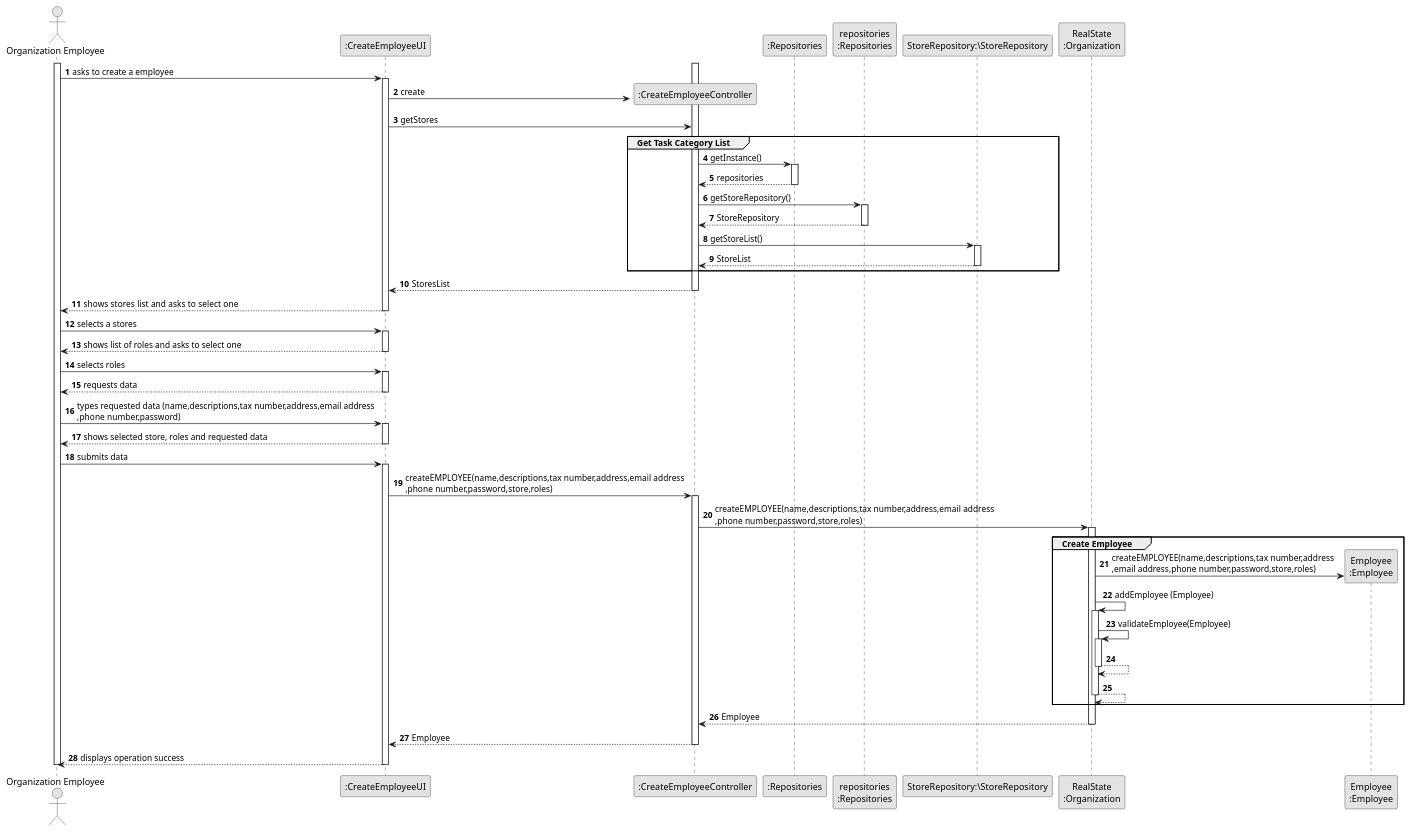
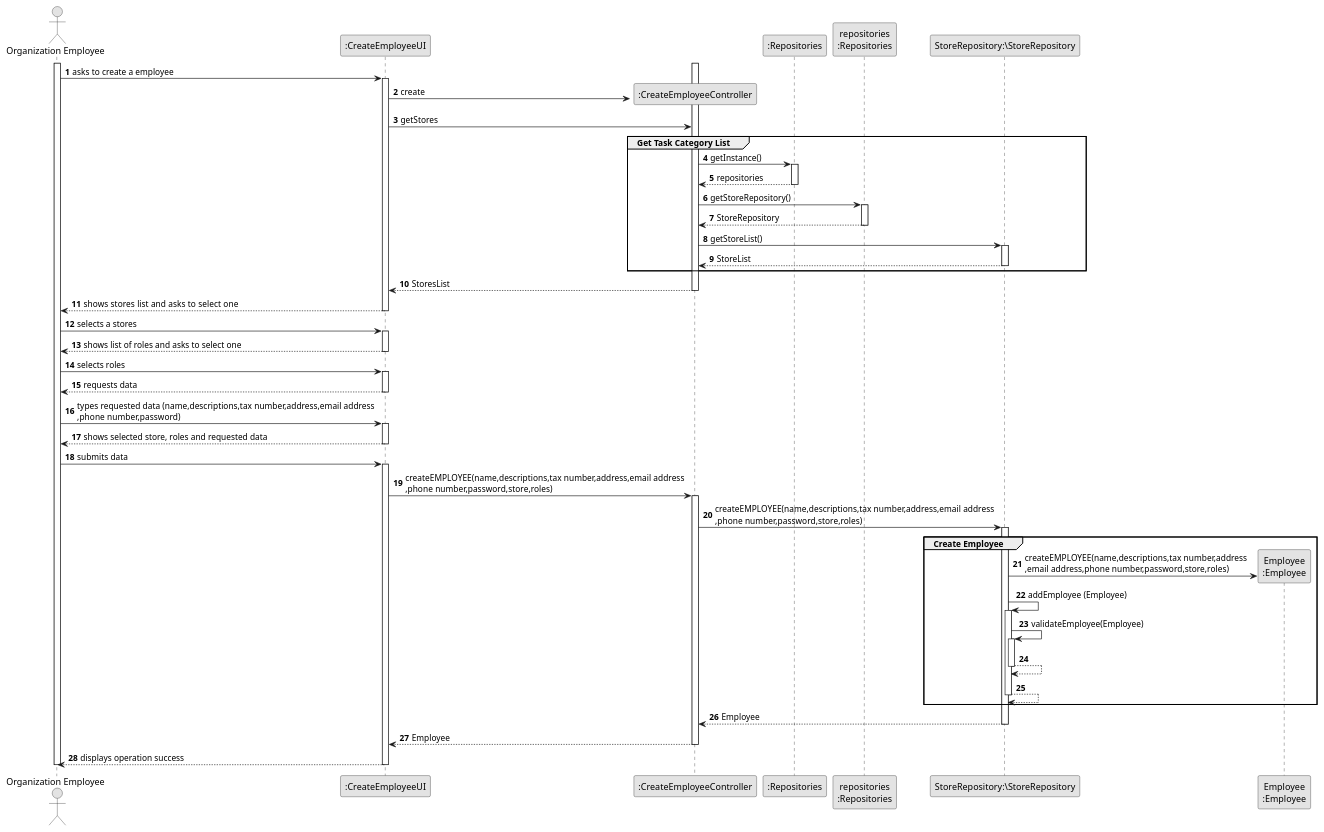
The diagram in lei-22-s2-1do-g68/docs/SprintB/us003/03.design/puml/us003-sequence-diagram-full.puml (hugosilva2901/lei-22-s2-1DO-g68), drawn with PlantUML before and after one commit. The commit also changed 5 other files, not shown here.

```diff
--- a/lei-22-s2-1do-g68/docs/SprintB/us003/03.design/puml/us003-sequence-diagram-full.puml
+++ b/lei-22-s2-1do-g68/docs/SprintB/us003/03.design/puml/us003-sequence-diagram-full.puml
@@ -1,109 +1,108 @@
 @startuml
 skinparam monochrome true
 skinparam packageStyle rectangle
 skinparam shadowing false
 
 autonumber
 
 'hide footbox
 actor "Organization Employee" as ADM
 participant ":CreateEmployeeUI" as UI
 participant ":CreateEmployeeController" as CTRL
 participant ":Repositories" as RepositorySingleton
 participant "repositories\n:Repositories" as PLAT
 participant "StoreRepository:\StoreRepository" as StoreRepository
-participant "RealState\n:Organization" as ORG
 participant "Employee\n:Employee" as TAREFA
 
 activate ADM
 
     ADM -> UI : asks to create a employee
 
     activate UI
 
         UI -> CTRL** : create
         UI -> CTRL : getStores
 
 group Get Task Category List
 
 
             CTRL -> RepositorySingleton : getInstance()
             activate RepositorySingleton
 
                 RepositorySingleton --> CTRL: repositories
             deactivate RepositorySingleton
 
             CTRL -> PLAT : getStoreRepository()
             activate PLAT
 
                 PLAT --> CTRL: StoreRepository
             deactivate PLAT
 
             CTRL -> StoreRepository : getStoreList()
             activate StoreRepository
 
                 StoreRepository --> CTRL : StoreList
             deactivate StoreRepository
 
 
     end
 
         activate CTRL
 
             CTRL --> UI : StoresList
         deactivate CTRL
 
         UI --> ADM : shows  stores list and asks to select one
     deactivate UI
     ADM -> UI : selects a stores
 
     activate UI
 
     UI --> ADM : shows list of roles and asks to select one
 
 
     deactivate UI
     ADM -> UI : selects roles
         activate UI
 
             UI --> ADM : requests data
         deactivate UI
         ADM -> UI : types requested data (name,descriptions,tax number,address,email address\n,phone number,password)
         activate UI
 
         UI --> ADM : shows selected store, roles and requested data
         deactivate UI
         ADM -> UI : submits data
      activate UI
 
      UI -> CTRL : createEMPLOYEE(name,descriptions,tax number,address,email address\n,phone number,password,store,roles)
     activate CTRL
 
-      CTRL -> ORG: createEMPLOYEE(name,descriptions,tax number,address,email address\n,phone number,password,store,roles)
-                 activate ORG
+      CTRL -> StoreRepository: createEMPLOYEE(name,descriptions,tax number,address,email address\n,phone number,password,store,roles)
+                 activate StoreRepository
 
                        group Create Employee
 
-                             ORG -> TAREFA**: createEMPLOYEE(name,descriptions,tax number,address\n,email address,phone number,password,store,roles)
-                             ORG -> ORG: addEmployee (Employee)
+                             StoreRepository -> TAREFA**: createEMPLOYEE(name,descriptions,tax number,address\n,email address,phone number,password,store,roles)
+                             StoreRepository -> StoreRepository: addEmployee (Employee)
 
-                             activate ORG
-                                 ORG -> ORG: validateEmployee(Employee)
-                                 activate ORG
-                                     ORG --> ORG
-                                 deactivate ORG
+                             activate StoreRepository
+                                 StoreRepository -> StoreRepository: validateEmployee(Employee)
+                                 activate StoreRepository
+                                     StoreRepository --> StoreRepository
+                                 deactivate StoreRepository
 
-                                 ORG --> ORG
-                             deactivate ORG
+                                 StoreRepository --> StoreRepository
+                             deactivate StoreRepository
                          end
 
-                     ORG --> CTRL : Employee
-                 deactivate ORG
+                     StoreRepository --> CTRL : Employee
+                 deactivate StoreRepository
                 CTRL --> UI: Employee
               deactivate CTRL
               UI --> ADM: displays operation success
       deactivate UI
 
 deactivate ADM
 
 @enduml
```
